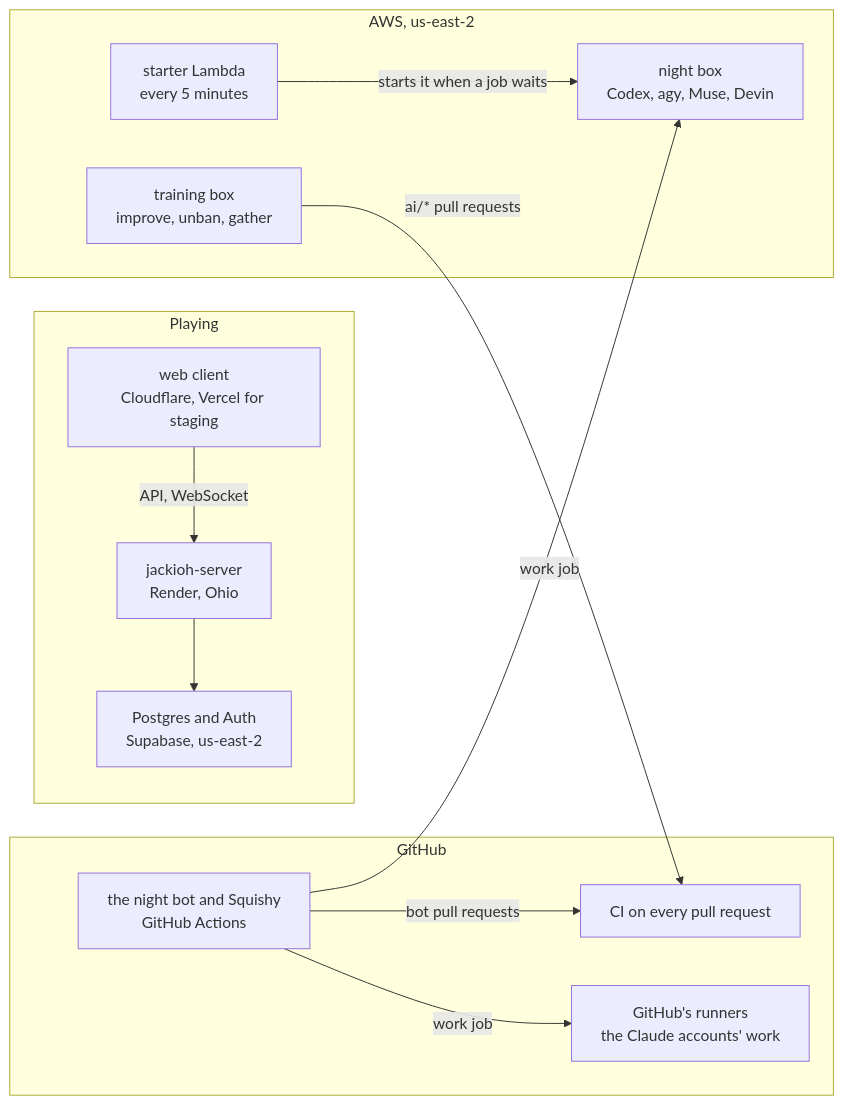
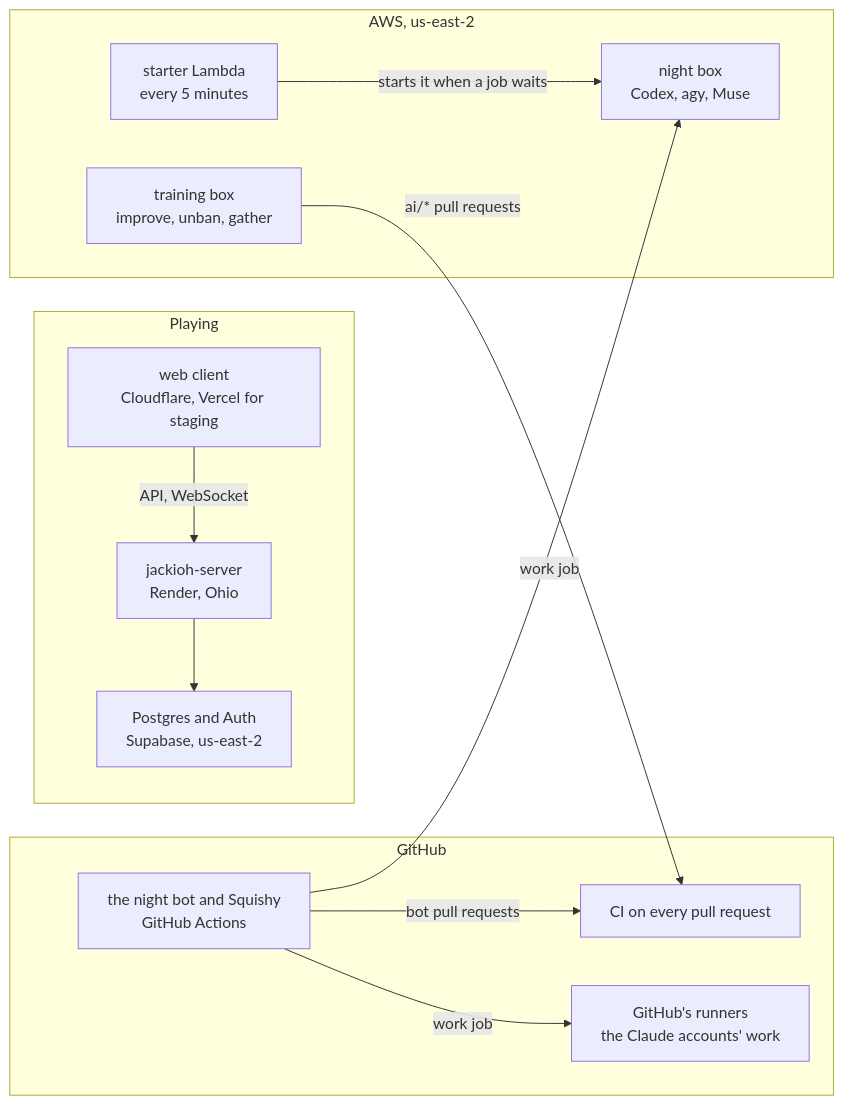
The first of 2 diagrams in README.md (Jlore-Studios/JackiOh), drawn with Mermaid before and after one commit. The commit also changed other lines of this file and 45 other files, not shown here.

````diff
--- a/README.md
+++ b/README.md
@@ -53,25 +53,25 @@
 ```mermaid
 flowchart LR
   subgraph play["Playing"]
     W["web client<br/>Cloudflare, Vercel for staging"]
     SV["jackioh-server<br/>Render, Ohio"]
     DB["Postgres and Auth<br/>Supabase, us-east-2"]
     W -- "API, WebSocket" --> SV
     SV --> DB
   end
   subgraph gh["GitHub"]
     CI["CI on every pull request"]
     NB["the night bot and Squishy<br/>GitHub Actions"]
     HR["GitHub's runners<br/>the Claude accounts' work"]
     NB -- "work job" --> HR
   end
   subgraph aws["AWS, us-east-2"]
-    NV["night box<br/>Codex, agy, Muse, Devin"]
+    NV["night box<br/>Codex, agy, Muse"]
     TB["training box<br/>improve, unban, gather"]
     ST["starter Lambda<br/>every 5 minutes"]
     ST -- "starts it when a job waits" --> NV
   end
   NB -- "work job" --> NV
   TB -- "ai/* pull requests" --> CI
   NB -- "bot pull requests" --> CI
 ```
````
